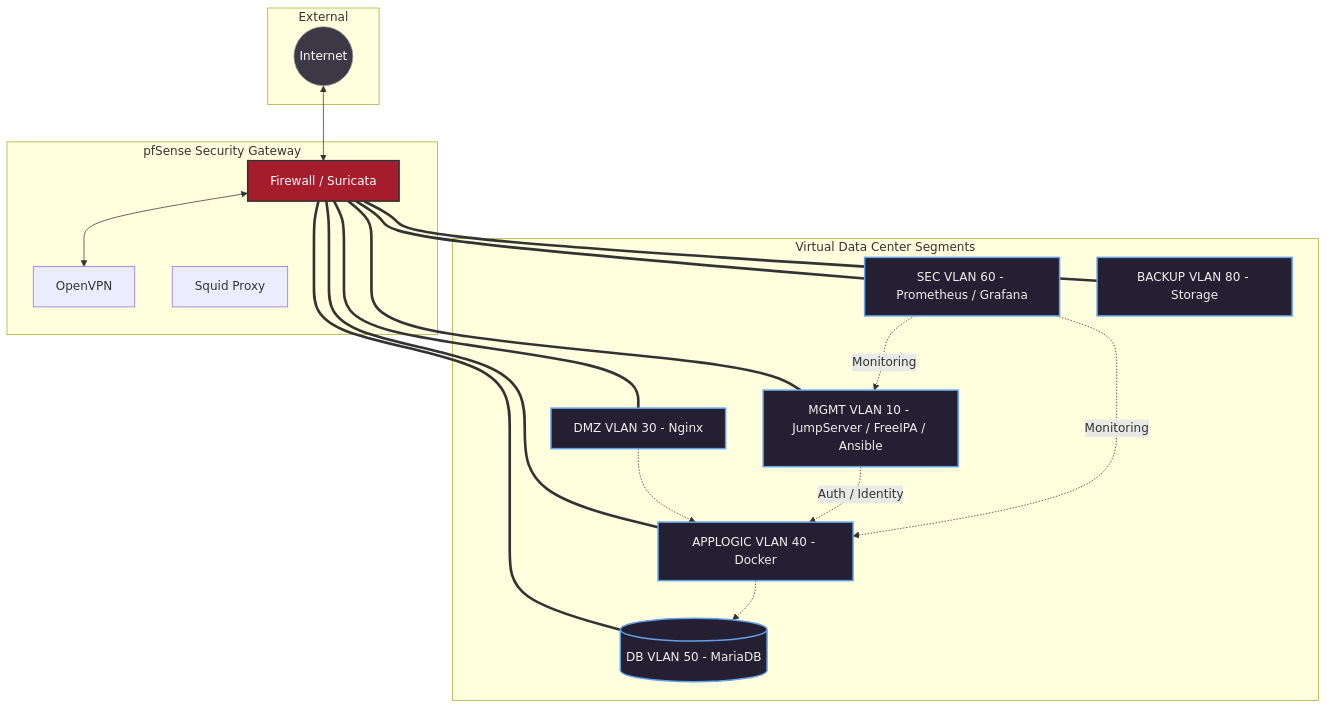
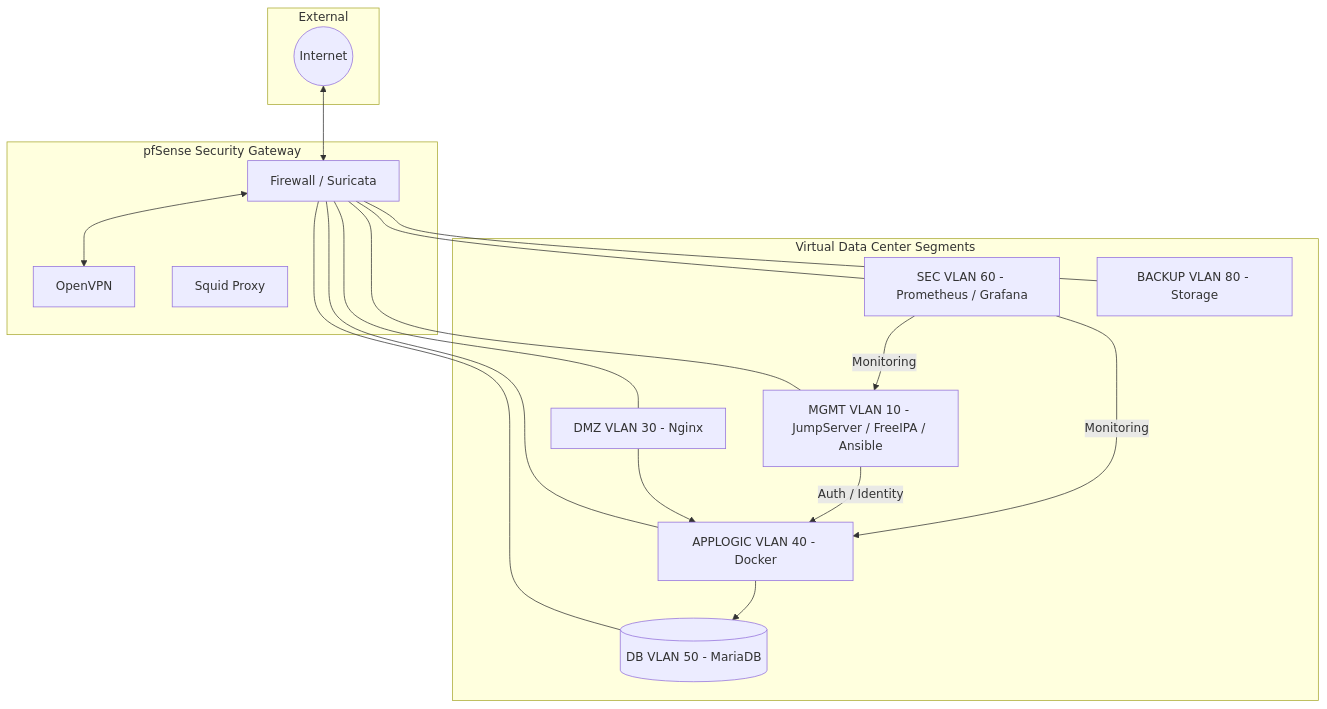
Before and after one commit to enveronderuslu/Zero_Trust_Data_Center: the diagram in README.md, drawn with Mermaid.

````diff
--- a/README.md
+++ b/README.md
@@ -73,46 +73,37 @@
 ```mermaid
 graph TD
-    %% Global Styles
-    classDef firewall fill:#a51d2d,stroke:#333,stroke-width:2px,color:#fff;
-    classDef vlan fill:#241f31,stroke:#62a0ea,stroke-width:2px,color:#eee;
-    classDef external fill:#3d3846,stroke:#9a9996,color:#fff;
-
     subgraph External_Network [External]
         Internet((Internet))
     end
 
     subgraph Gateway [pfSense Security Gateway]
-        FW[Firewall / Suricata]:::firewall
+        FW[Firewall / Suricata]
         VPN[OpenVPN]
         Proxy[Squid Proxy]
     end
 
     subgraph VDC [Virtual Data Center Segments]
-        MGMT[MGMT VLAN 10 - JumpServer / FreeIPA / Ansible]:::vlan
-        DMZ[DMZ VLAN 30 - Nginx]:::vlan
-        APP[APPLOGIC VLAN 40 - Docker]:::vlan
-        DB[(DB VLAN 50 - MariaDB)]:::vlan
-        SEC[SEC VLAN 60 - Prometheus / Grafana]:::vlan
-        BACKUP[BACKUP VLAN 80 - Storage]:::vlan
+        MGMT[MGMT VLAN 10 - JumpServer / FreeIPA / Ansible]
+        DMZ[DMZ VLAN 30 - Nginx]
+        APP[APPLOGIC VLAN 40 - Docker]
+        DB[(DB VLAN 50 - MariaDB)]
+        SEC[SEC VLAN 60 - Prometheus / Grafana]
+        BACKUP[BACKUP VLAN 80 - Storage]
     end
 
-    %% Routing
     Internet <--> FW
     FW <--> VPN
     
-    FW === MGMT
-    FW === DMZ
-    FW === APP
-    FW === DB
-    FW === SEC
-    FW === BACKUP
+    FW --- MGMT
+    FW --- DMZ
+    FW --- APP
+    FW --- DB
+    FW --- SEC
+    FW --- BACKUP
 
-    %% Data Flow
-    DMZ -.-> APP
-    APP -.-> DB
-    MGMT -.->|Auth / Identity| APP
-    SEC -.->|Monitoring| MGMT
-    SEC -.->|Monitoring| APP
-
-    class Internet external;
+    DMZ --> APP
+    APP --> DB
+    MGMT -->|Auth / Identity| APP
+    SEC -->|Monitoring| MGMT
+    SEC -->|Monitoring| APP
 ```
````
